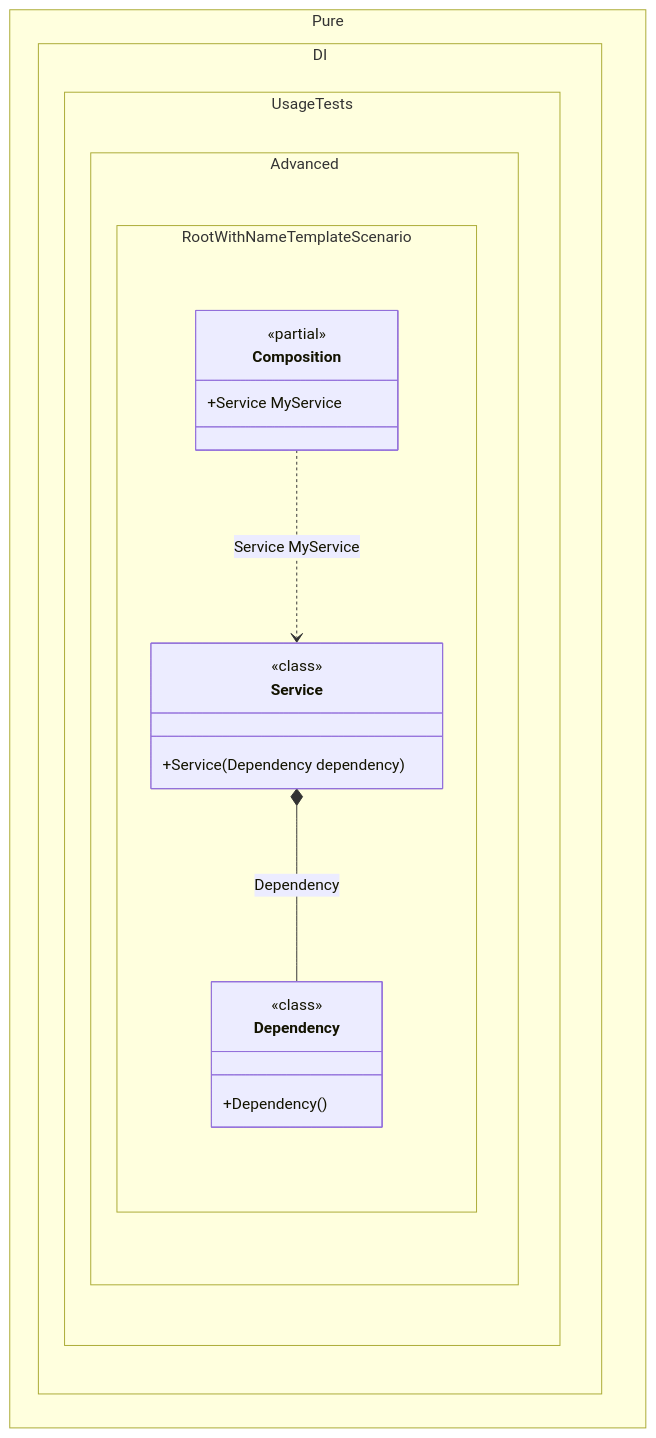
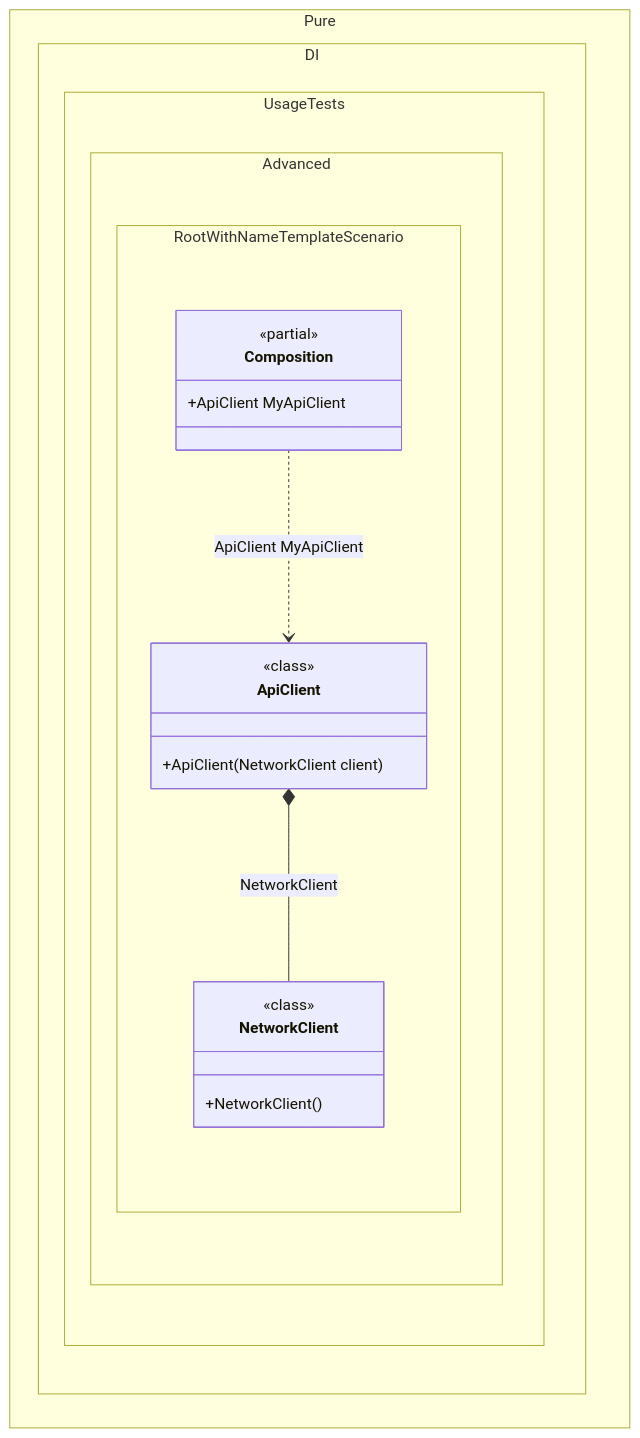
The diagram in readme/root-with-name-template.md (DevTeam/Pure.DI), drawn with Mermaid before and after one commit. The commit also changed other lines of this file and 126 other files, not shown here.

````diff
--- a/readme/root-with-name-template.md
+++ b/readme/root-with-name-template.md
@@ -70,26 +86,26 @@
 ```mermaid
 ---
  config:
   maxTextSize: 2147483647
   maxEdges: 2147483647
   class:
    hideEmptyMembersBox: true
 ---
 classDiagram
-	Composition ..> Service : Service MyService
-	Service *--  Dependency : Dependency
+	Composition ..> ApiClient : ApiClient MyApiClient
+	ApiClient *--  NetworkClient : NetworkClient
 	namespace Pure.DI.UsageTests.Advanced.RootWithNameTemplateScenario {
+		class ApiClient {
+				<<class>>
+			+ApiClient(NetworkClient client)
+		}
 		class Composition {
 		<<partial>>
-		+Service MyService
+		+ApiClient MyApiClient
 		}
-		class Dependency {
+		class NetworkClient {
 				<<class>>
-			+Dependency()
-		}
-		class Service {
-				<<class>>
-			+Service(Dependency dependency)
+			+NetworkClient()
 		}
 	}
 ```
````
